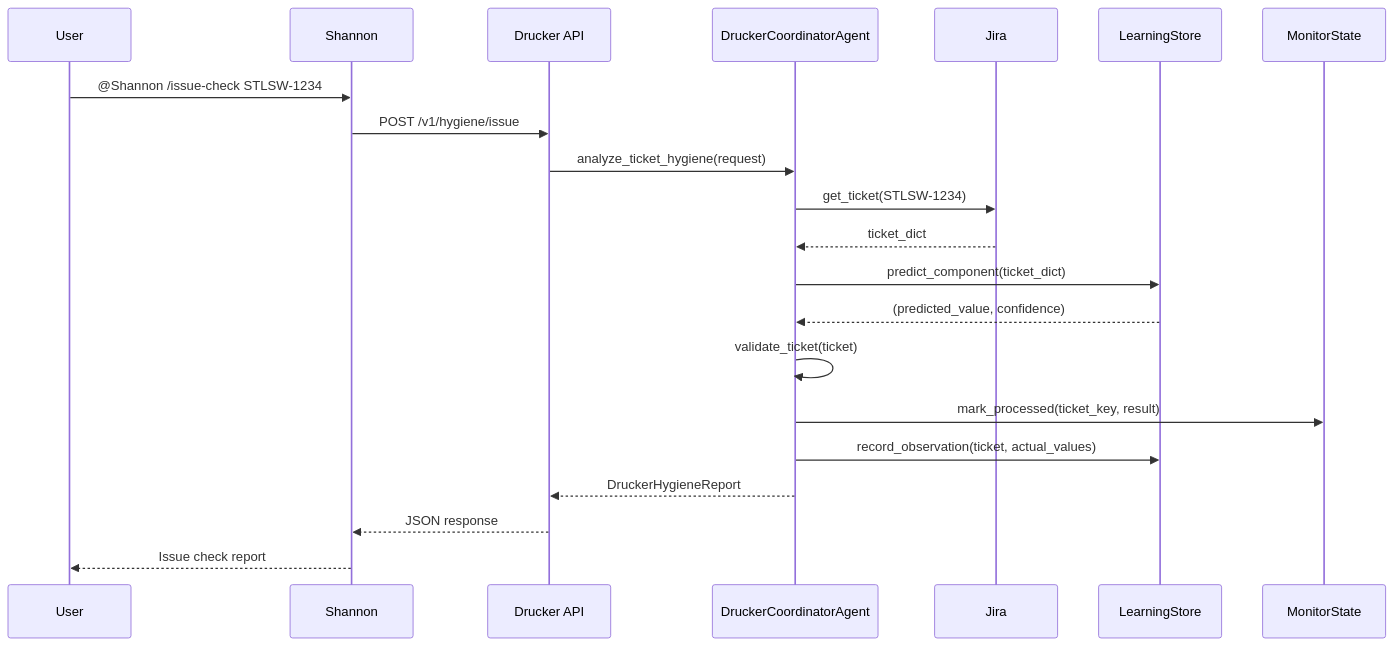
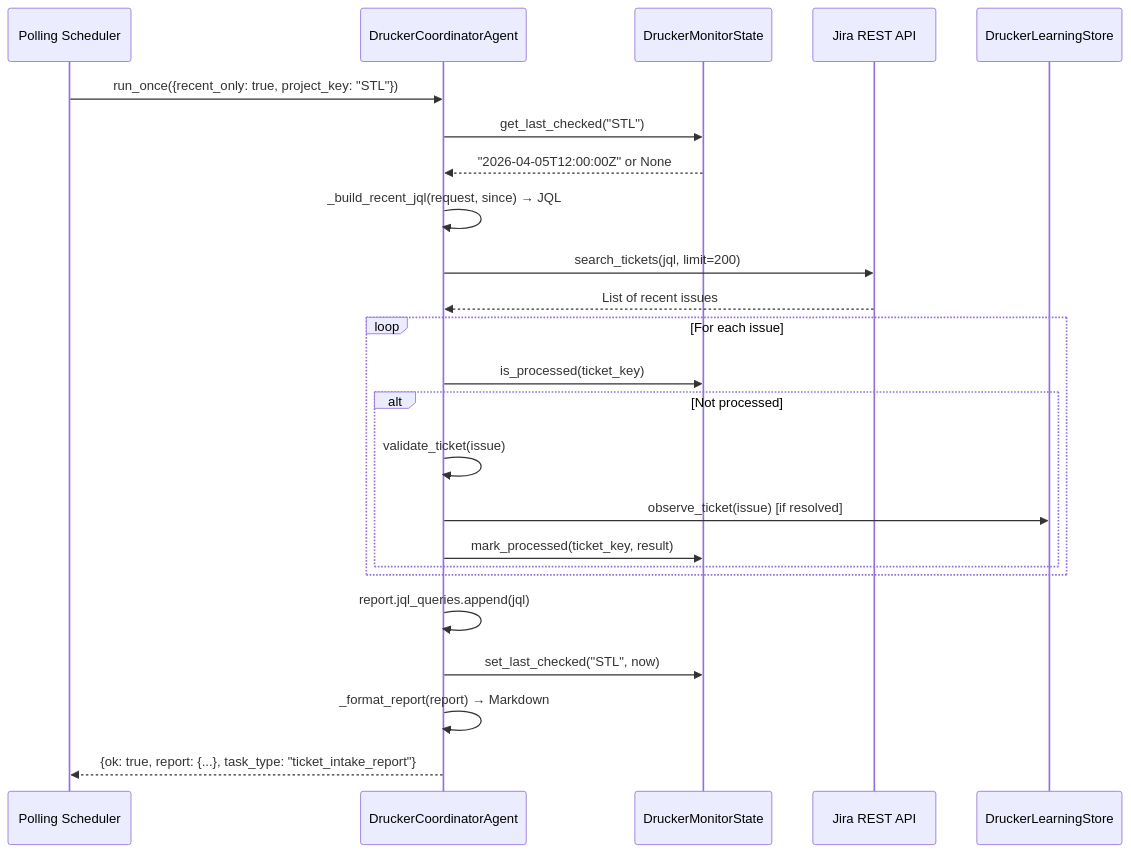
One commit to jmac-cornelis/agent-workforce changed the third of 4 diagrams in docs/agents-drucker.md. Above: the diagram before and after it, drawn with Mermaid. The commit also changed other lines of this file and 4 other files, not shown here.

````diff
--- a/docs/agents-drucker.md
+++ b/docs/agents-drucker.md
@@ -109,24 +144,27 @@
 ```mermaid
 sequenceDiagram
-    participant User
-    participant Shannon
-    participant API as Drucker API
+    participant Poller as Polling Scheduler
     participant Agent as DruckerCoordinatorAgent
-    participant Jira
-    participant Learning as LearningStore
-    participant Monitor as MonitorState
-    
-    User->>Shannon: @Shannon /issue-check STLSW-1234
-    Shannon->>API: POST /v1/hygiene/issue
-    API->>Agent: analyze_ticket_hygiene(request)
-    Agent->>Jira: get_ticket(STLSW-1234)
-    Jira-->>Agent: ticket_dict
-    Agent->>Learning: predict_component(ticket_dict)
-    Learning-->>Agent: (predicted_value, confidence)
-    Agent->>Agent: validate_ticket(ticket)
-    Agent->>Monitor: mark_processed(ticket_key, result)
-    Agent->>Learning: record_observation(ticket, actual_values)
-    Agent-->>API: DruckerHygieneReport
-    API-->>Shannon: JSON response
-    Shannon-->>User: Issue check report
+    participant State as DruckerMonitorState
+    participant Jira as Jira REST API
+    participant Learning as DruckerLearningStore
+
+    Poller->>Agent: run_once({recent_only: true, project_key: "STL"})
+    Agent->>State: get_last_checked("STL")
+    State-->>Agent: "2026-04-05T12:00:00Z" or None
+    Agent->>Agent: _build_recent_jql(request, since) → JQL
+    Agent->>Jira: search_tickets(jql, limit=200)
+    Jira-->>Agent: List of recent issues
+    loop For each issue
+        Agent->>State: is_processed(ticket_key)
+        alt Not processed
+            Agent->>Agent: validate_ticket(issue)
+            Agent->>Learning: observe_ticket(issue) [if resolved]
+            Agent->>State: mark_processed(ticket_key, result)
+        end
+    end
+    Agent->>Agent: report.jql_queries.append(jql)
+    Agent->>State: set_last_checked("STL", now)
+    Agent->>Agent: _format_report(report) → Markdown
+    Agent-->>Poller: {ok: true, report: {...}, task_type: "ticket_intake_report"}
 ```
````
